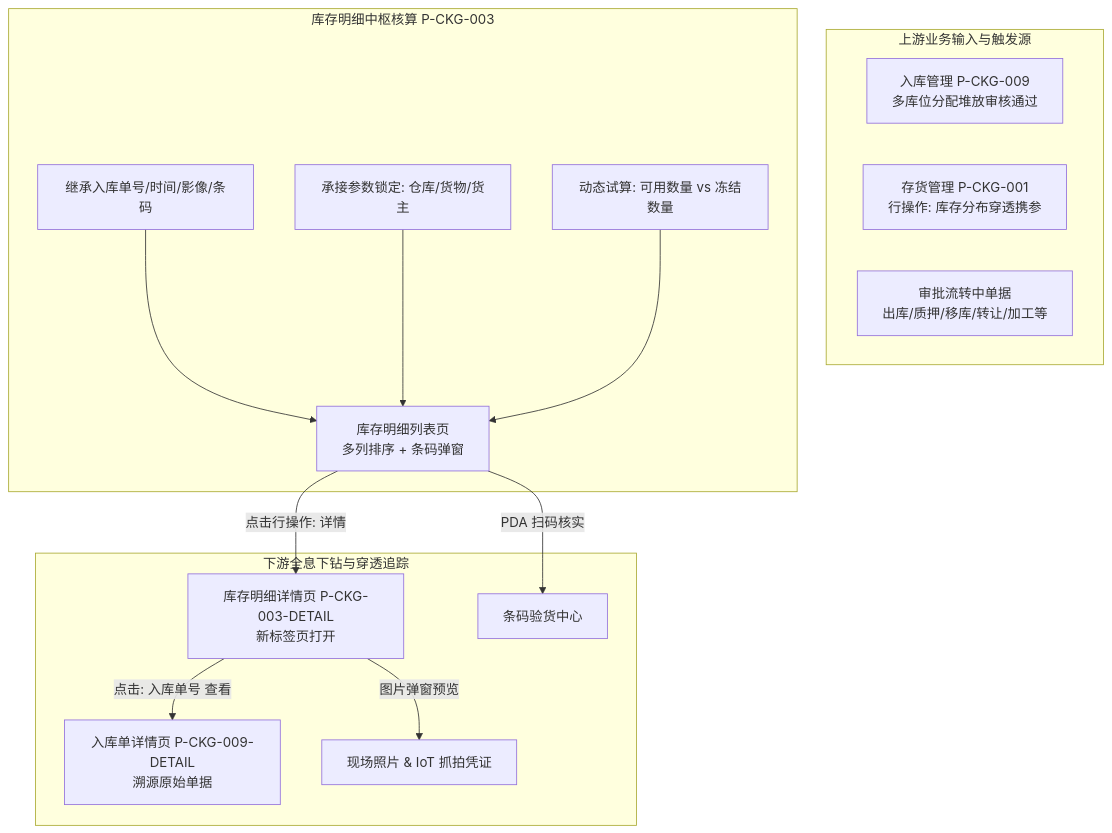
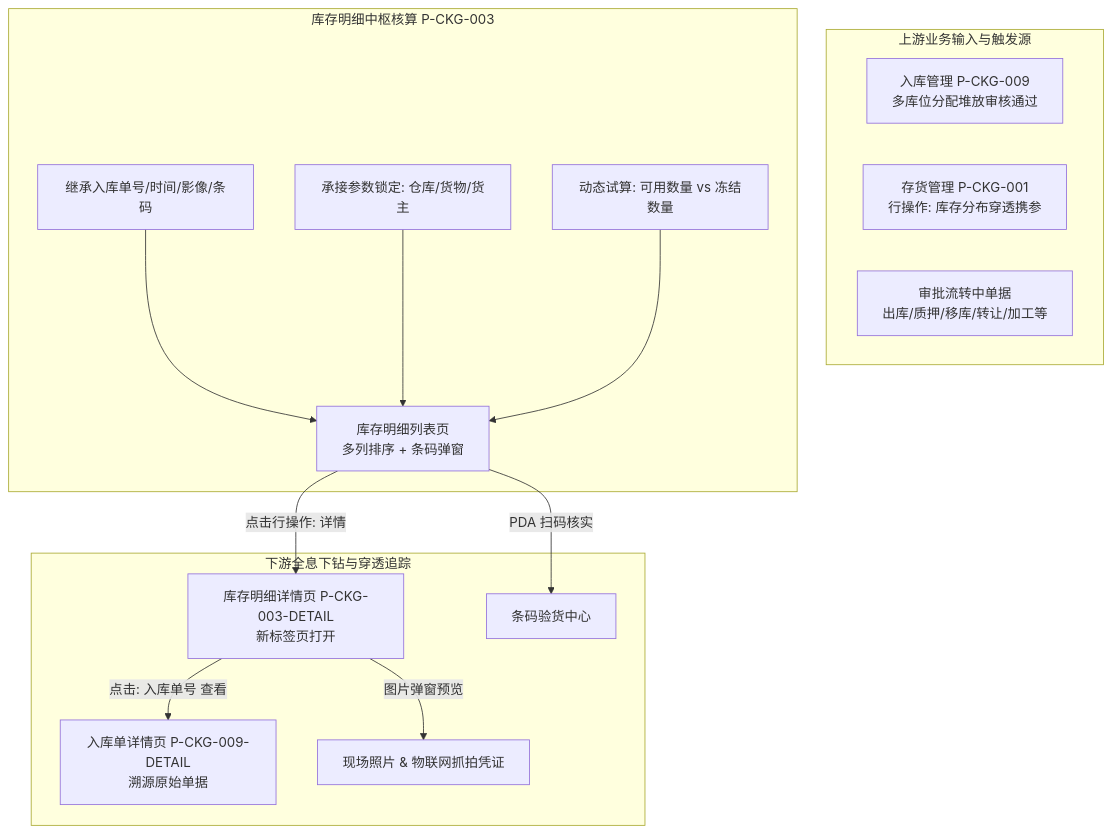
One commit to RobertHuang999/SYZC changed the diagram in 02-PRD文档/🌟🌟🌟-最新基准版/B端PC/02-仓储/03-库存查询-库存明细/库存明细主PRD.md. Above: the diagram before and after it, drawn with Mermaid. The commit also changed other lines of this file and 264 other files, not shown here.

````diff
--- a/02-PRD文档/🌟🌟🌟-最新基准版/B端PC/02-仓储/03-库存查询-库存明细/库存明细主PRD.md
+++ b/02-PRD文档/🌟🌟🌟-最新基准版/B端PC/02-仓储/03-库存查询-库存明细/库存明细主PRD.md
@@ -32,23 +32,23 @@
 ```mermaid
 flowchart TD
     subgraph S1[上游业务输入与触发源]
         A1[入库管理 P-CKG-009<br/>多库位分配堆放审核通过]
         A2[存货管理 P-CKG-001<br/>行操作: 库存分布穿透携参]
         A3[审批流转中单据<br/>出库/质押/移库/转让/加工等]
     end
 
     subgraph S2[库存明细中枢核算 P-CKG-003]
         B1[继承入库单号/时间/影像/条码]
         B2[承接参数锁定: 仓库/货物/货主]
         B3[动态试算: 可用数量 vs 冻结数量]
         
         B1 & B2 & B3 --> C1[库存明细列表页<br/>多列排序 + 条码弹窗]
     end
 
     subgraph S3[下游全息下钻与穿透追踪]
         C1 -->|点击行操作: 详情| D1[库存明细详情页 P-CKG-003-DETAIL<br/>新标签页打开]
         D1 -->|点击: 入库单号 查看| E1[入库单详情页 P-CKG-009-DETAIL<br/>溯源原始单据]
-        D1 -->|图片弹窗预览| E2[现场照片 & IoT 抓拍凭证]
+        D1 -->|图片弹窗预览| E2[现场照片 & 物联网抓拍凭证]
         C1 -->|PDA 扫码核实| E3[条码验货中心]
     end
 ```
````
